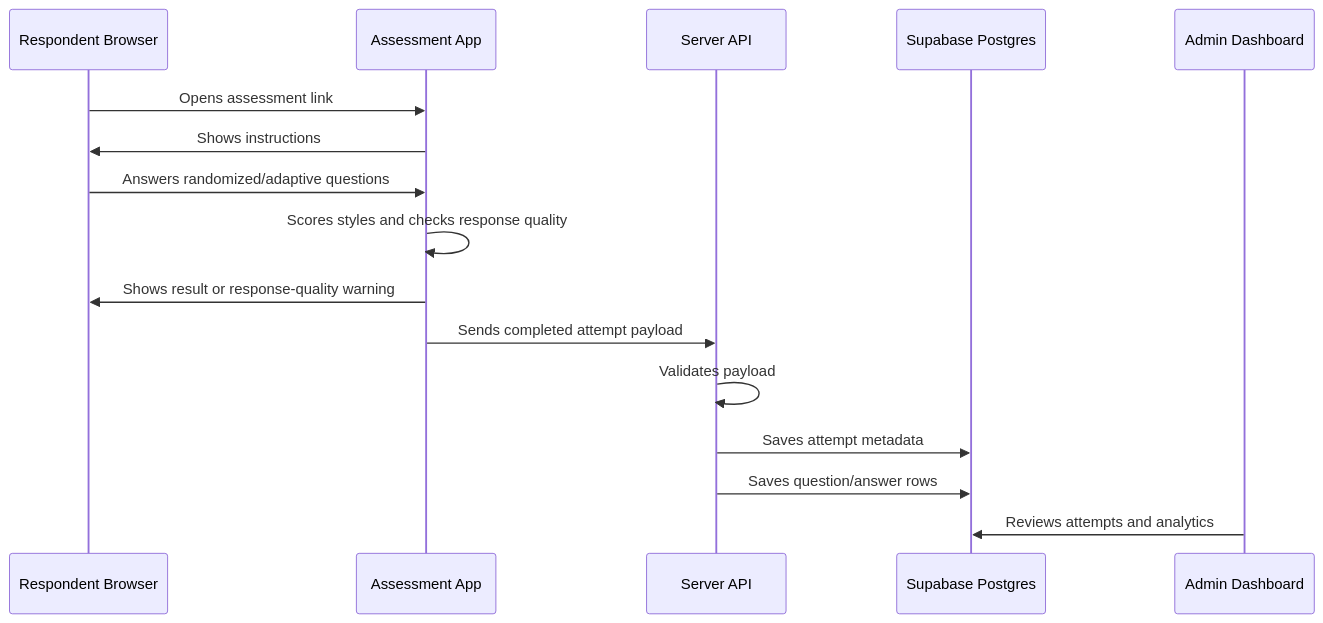
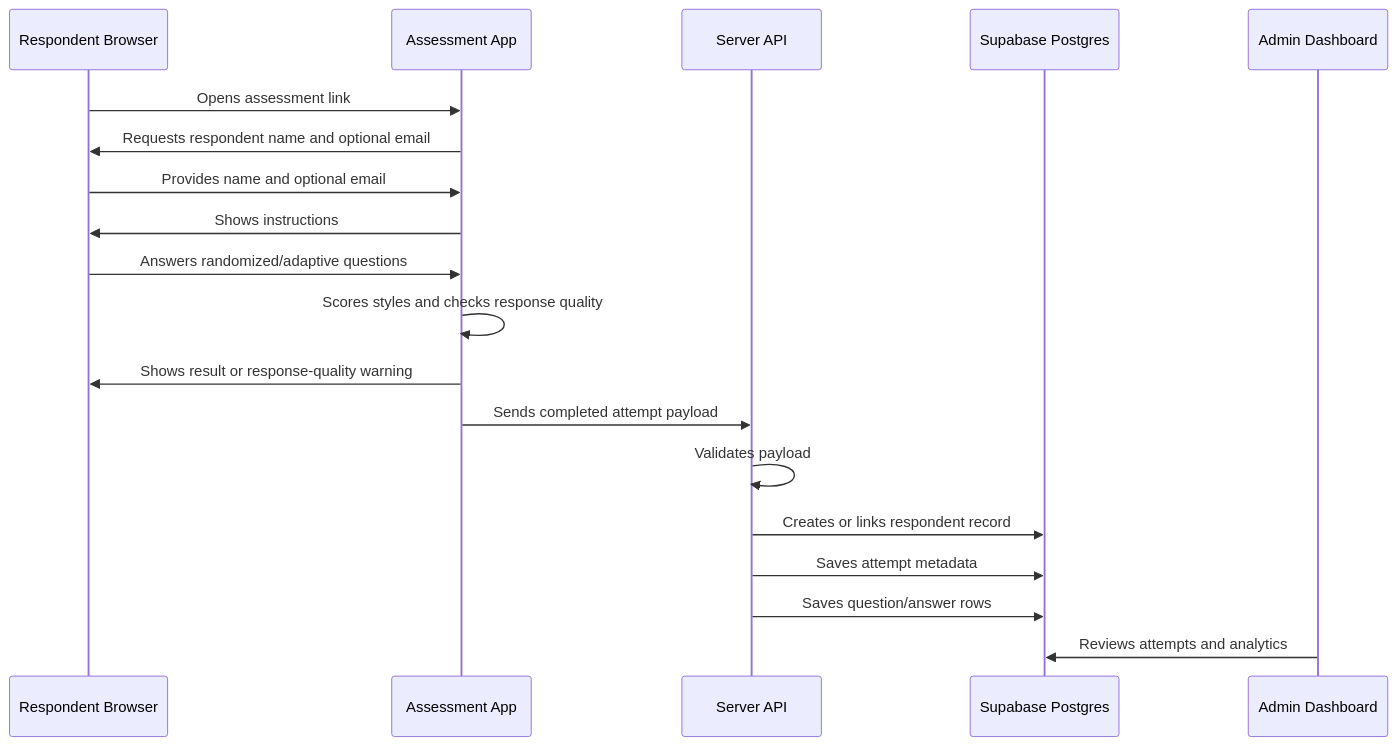
The second of 3 diagrams in ARCHITECTURE_OVERVIEW.md (campojo/2.0_Leadership), drawn with Mermaid before and after one commit. The commit also changed other lines of this file and 5 other files, not shown here.

````diff
--- a/ARCHITECTURE_OVERVIEW.md
+++ b/ARCHITECTURE_OVERVIEW.md
@@ -74,19 +76,22 @@
 ```mermaid
 sequenceDiagram
   participant R as Respondent Browser
   participant A as Assessment App
   participant API as Server API
   participant DB as Supabase Postgres
   participant Admin as Admin Dashboard
 
   R->>A: Opens assessment link
+  A->>R: Requests respondent name and optional email
+  R->>A: Provides name and optional email
   A->>R: Shows instructions
   R->>A: Answers randomized/adaptive questions
   A->>A: Scores styles and checks response quality
   A->>R: Shows result or response-quality warning
   A->>API: Sends completed attempt payload
   API->>API: Validates payload
+  API->>DB: Creates or links respondent record
   API->>DB: Saves attempt metadata
   API->>DB: Saves question/answer rows
   Admin->>DB: Reviews attempts and analytics
 ```
````
